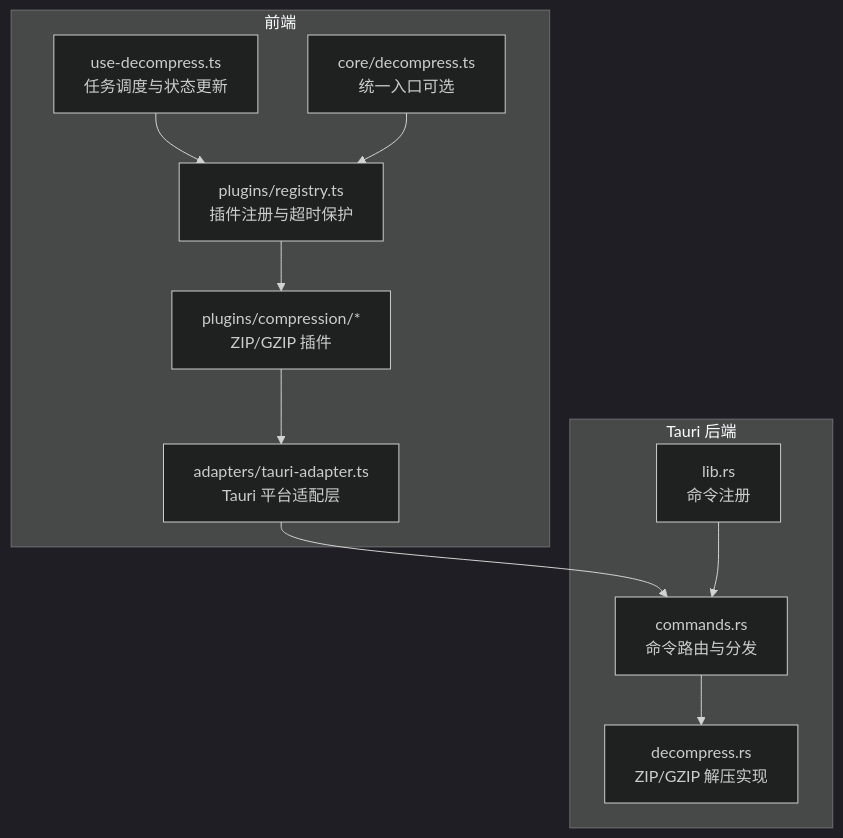
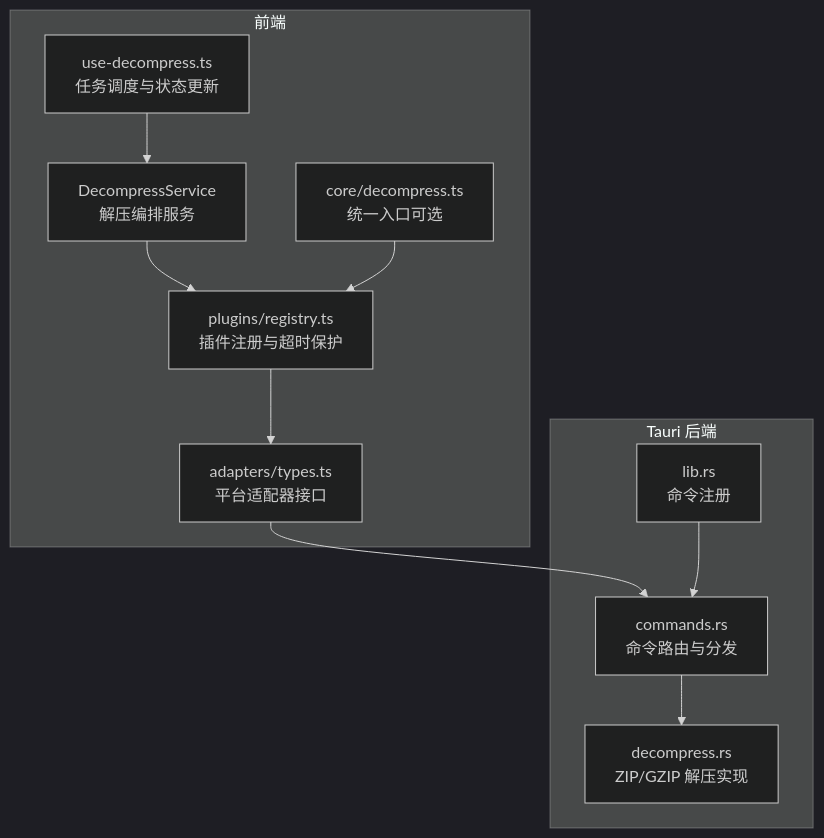
Before and after one commit to taoweidong/Hello-Tauri: the first of 3 diagrams in .qoder/repowiki/zh/content/核心模块/解压服务.md, drawn with Mermaid (dark theme). The commit also changed other lines of this file and 119 other files, not shown here.

````diff
--- a/.qoder/repowiki/zh/content/核心模块/解压服务.md
+++ b/.qoder/repowiki/zh/content/核心模块/解压服务.md
@@ -42,18 +47,18 @@
 ```mermaid
 graph TB
 subgraph "前端"
 A["use-decompress.ts<br/>任务调度与状态更新"]
-B["plugins/registry.ts<br/>插件注册与超时保护"]
-C["plugins/compression/*<br/>ZIP/GZIP 插件"]
-D["adapters/tauri-adapter.ts<br/>Tauri 平台适配层"]
+B["DecompressService<br/>解压编排服务"]
+C["plugins/registry.ts<br/>插件注册与超时保护"]
+D["adapters/types.ts<br/>平台适配器接口"]
 E["core/decompress.ts<br/>统一入口可选"]
 end
 subgraph "Tauri 后端"
 F["commands.rs<br/>命令路由与分发"]
 G["decompress.rs<br/>ZIP/GZIP 解压实现"]
 H["lib.rs<br/>命令注册"]
 end
 A --> B --> C --> D --> F --> G
 H --> F
-E --> B
+E --> C
 ```
````
